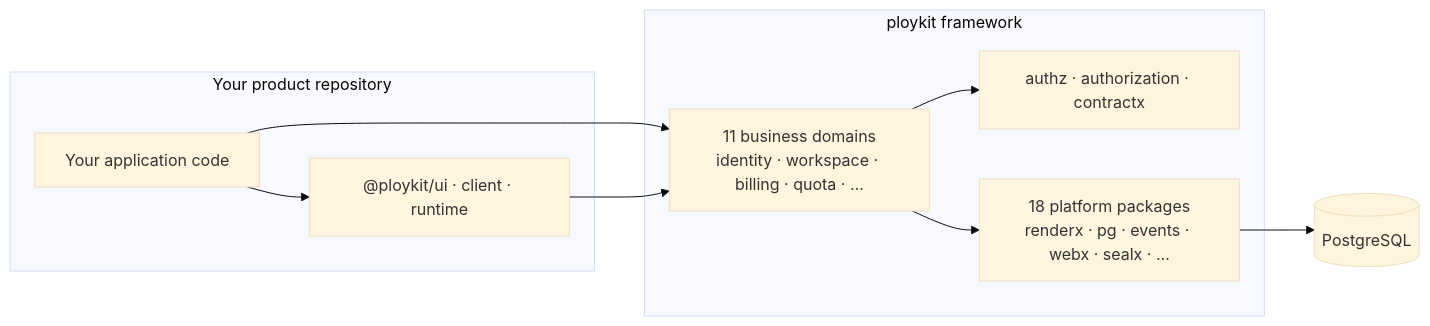
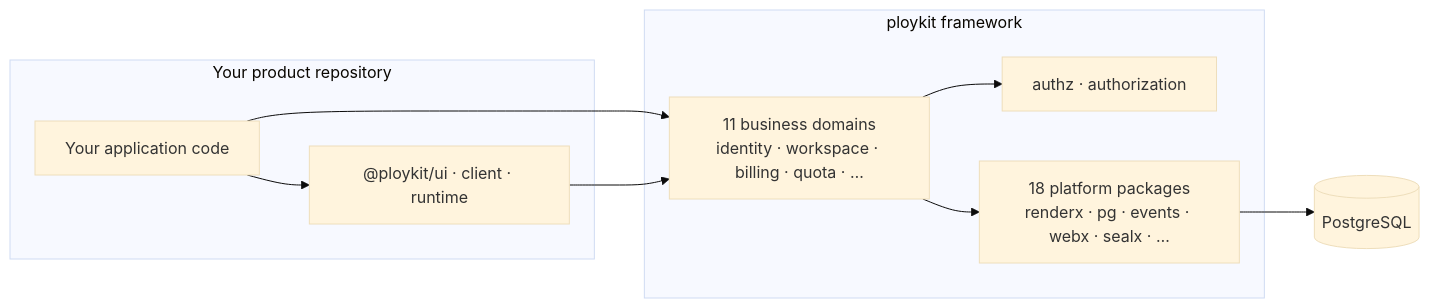
Before and after one commit to haozing/ploykit: the diagram in README.md, drawn with Mermaid (base theme). The commit also changed other lines of this file and 1 other file, not shown here.

Commit message:
fix(webx)+docs: CSRF 回环任意端口信任 —— vite 端口漂移不再打爆写操作
- CSRFConfig.TrustLocalhostAnyPort（开发便利开关）：回环族 origin/referer 剥端口后精确匹配，vite 5173→5176 漂移不再变成全量 403（前端走查实证反馈）；生产必须显式枚举 origin
- docs/pages.md 同步 dev 步骤说明；authorization/README 补 step-up 与 authorization challenge 双路不可双挂载章节（ADR 0011）
- README 摘除 contractx 残留

````diff
--- a/README.md
+++ b/README.md
@@ -63,20 +63,20 @@
 ```mermaid
 graph LR
     subgraph Product["Your product repository"]
         APP["Your application code"]
         WEB["@ploykit/ui · client · runtime"]
     end
     subgraph Framework["ploykit framework"]
         DOMAINS["11 business domains<br/>identity · workspace · billing · quota · …"]
-        CORE["authz · authorization · contractx"]
+        CORE["authz · authorization"]
         PLATFORM["18 platform packages<br/>renderx · pg · events · webx · sealx · …"]
     end
     DB[("PostgreSQL")]
 
     APP --> WEB
     APP --> DOMAINS
     WEB --> DOMAINS
     DOMAINS --> CORE
     DOMAINS --> PLATFORM
     PLATFORM --> DB
 ```
````
